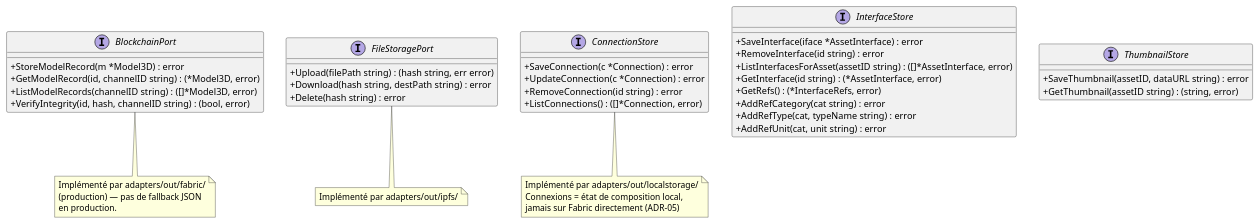
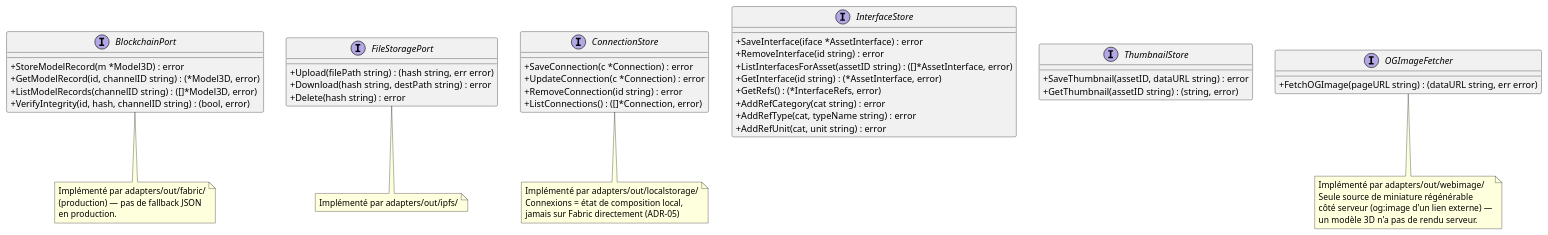
The fifth of 5 diagrams in specs/3-Conception/Architecture_Composition.md (olivaux/myr), drawn with PlantUML before and after one commit. The commit also changed other lines of this file and 9 other files, not shown here.

````diff
--- a/specs/3-Conception/Architecture_Composition.md
+++ b/specs/3-Conception/Architecture_Composition.md
@@ -438,58 +439,69 @@
 ```plantuml
 @startuml
 skinparam classAttributeIconSize 0
 
 interface BlockchainPort {
   + StoreModelRecord(m *Model3D) : error
   + GetModelRecord(id, channelID string) : (*Model3D, error)
   + ListModelRecords(channelID string) : ([]*Model3D, error)
   + VerifyIntegrity(id, hash, channelID string) : (bool, error)
 }
 
 interface FileStoragePort {
   + Upload(filePath string) : (hash string, err error)
   + Download(hash string, destPath string) : error
   + Delete(hash string) : error
 }
 
 interface ConnectionStore {
   + SaveConnection(c *Connection) : error
   + UpdateConnection(c *Connection) : error
   + RemoveConnection(id string) : error
   + ListConnections() : ([]*Connection, error)
 }
 
 interface InterfaceStore {
   + SaveInterface(iface *AssetInterface) : error
   + RemoveInterface(id string) : error
   + ListInterfacesForAsset(assetID string) : ([]*AssetInterface, error)
   + GetInterface(id string) : (*AssetInterface, error)
   + GetRefs() : (*InterfaceRefs, error)
   + AddRefCategory(cat string) : error
   + AddRefType(cat, typeName string) : error
   + AddRefUnit(cat, unit string) : error
 }
 
 interface ThumbnailStore {
   + SaveThumbnail(assetID, dataURL string) : error
   + GetThumbnail(assetID string) : (string, error)
 }
 
+interface OGImageFetcher {
+  + FetchOGImage(pageURL string) : (dataURL string, err error)
+}
+
 note bottom of BlockchainPort
   Implémenté par adapters/out/fabric/
   (production) — pas de fallback JSON
   en production.
 end note
 
 note bottom of FileStoragePort
   Implémenté par adapters/out/ipfs/
 end note
 
 note bottom of ConnectionStore
   Implémenté par adapters/out/localstorage/
   Connexions = état de composition local,
   jamais sur Fabric directement (ADR-05)
 end note
 
+note bottom of OGImageFetcher
+  Implémenté par adapters/out/webimage/
+  Seule source de miniature régénérable
+  côté serveur (og:image d'un lien externe) —
+  un modèle 3D n'a pas de rendu serveur.
+end note
+
 @enduml
 ```
````
